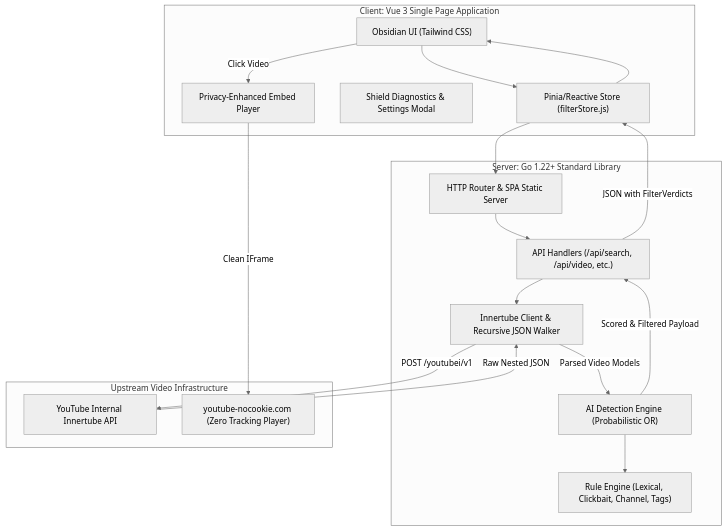
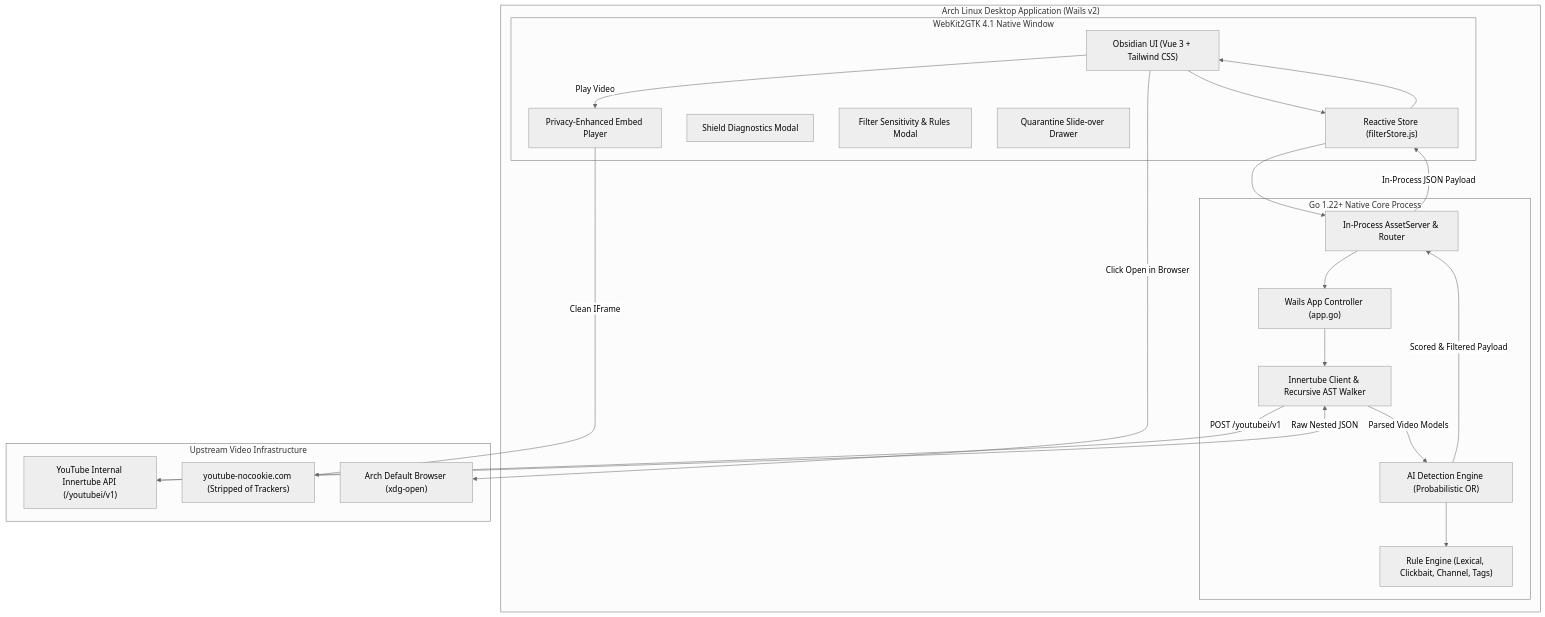
The diagram in README.md (chrisfair/aifreeyoutube), drawn with Mermaid (neutral theme) before and after one commit. The commit also changed other lines of this file and 36 other files, not shown here.

Commit message:
feat: Add native Arch Linux desktop support with Wails v2, WebKit2GTK 4.1, .desktop launcher, and PKGBUILD

````diff
--- a/README.md
+++ b/README.md
@@ -70,36 +79,42 @@
 ```mermaid
 flowchart TD
-    subgraph Browser ["Client: Vue 3 Single Page Application"]
-        UI["Obsidian UI (Tailwind CSS)"]
-        Store["Pinia/Reactive Store (filterStore.js)"]
-        Modal["Shield Diagnostics & Settings Modal"]
-        Player["Privacy-Enhanced Embed Player"]
-    end
+    subgraph DesktopApp ["Arch Linux Desktop Application (Wails v2)"]
+        subgraph WebKit ["WebKit2GTK 4.1 Native Window"]
+            UI["Obsidian UI (Vue 3 + Tailwind CSS)"]
+            Store["Reactive Store (filterStore.js)"]
+            ShieldModal["Shield Diagnostics Modal"]
+            SettingsModal["Filter Sensitivity & Rules Modal"]
+            Drawer["Quarantine Slide-over Drawer"]
+            Player["Privacy-Enhanced Embed Player"]
+        end
 
-    subgraph Backend ["Server: Go 1.22+ Standard Library"]
-        Router["HTTP Router & SPA Static Server"]
-        API["API Handlers (/api/search, /api/video, etc.)"]
-        Detector["AI Detection Engine (Probabilistic OR)"]
-        Rules["Rule Engine (Lexical, Clickbait, Channel, Tags)"]
-        Innertube["Innertube Client & Recursive JSON Walker"]
+        subgraph CoreEngine ["Go 1.22+ Native Core Process"]
+            App["Wails App Controller (app.go)"]
+            AssetServer["In-Process AssetServer & Router"]
+            Detector["AI Detection Engine (Probabilistic OR)"]
+            Rules["Rule Engine (Lexical, Clickbait, Channel, Tags)"]
+            Innertube["Innertube Client & Recursive AST Walker"]
+        end
     end
 
     subgraph Upstream ["Upstream Video Infrastructure"]
-        YT["YouTube Internal Innertube API"]
-        NoCookie["youtube-nocookie.com (Zero Tracking Player)"]
+        YT["YouTube Internal Innertube API (/youtubei/v1)"]
+        NoCookie["youtube-nocookie.com (Stripped of Trackers)"]
+        Browser["Arch Default Browser (xdg-open)"]
     end
 
     UI --> Store
-    Store --> Router
-    Router --> API
-    API --> Innertube
+    Store --> AssetServer
+    AssetServer --> App
+    App --> Innertube
     Innertube -->|POST /youtubei/v1| YT
     YT -->|Raw Nested JSON| Innertube
     Innertube -->|Parsed Video Models| Detector
     Detector --> Rules
-    Detector -->|Scored & Filtered Payload| API
-    API -->|JSON with FilterVerdicts| Store
+    Detector -->|Scored & Filtered Payload| AssetServer
+    AssetServer -->|In-Process JSON Payload| Store
     Store --> UI
-    UI -->|Click Video| Player
+    UI -->|Play Video| Player
     Player -->|Clean IFrame| NoCookie
+    UI -->|Click Open in Browser| Browser
 ```
````
